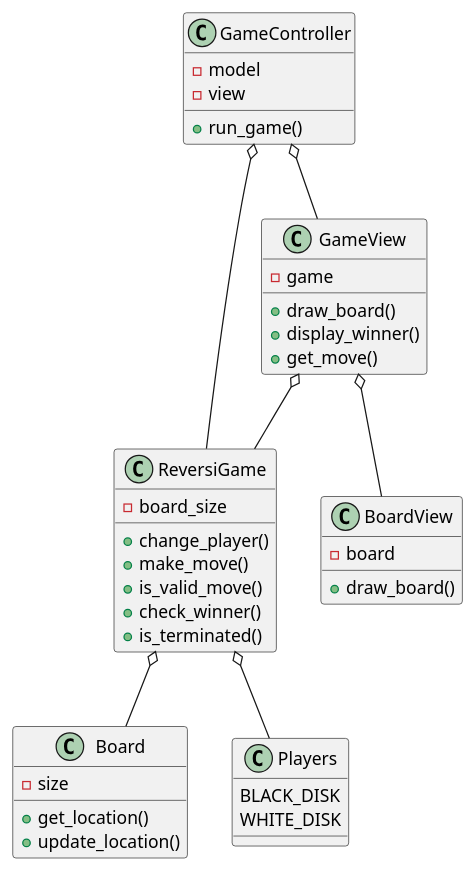
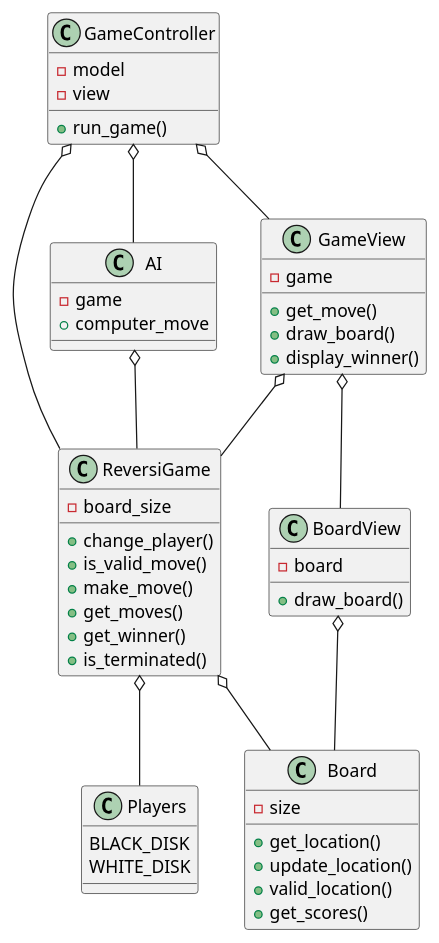
The diagram in reversi project/reversi_UML.puml (lian-david/Reversi), drawn with PlantUML before and after one commit. The commit also changed 14 other files, not shown here.

```diff
--- a/reversi project/reversi_UML.puml
+++ b/reversi project/reversi_UML.puml
@@ -1,51 +1,59 @@
 @startuml Reversi
-
 
 class ReversiGame{
     -board_size
     +change_player()
+    +is_valid_move()
     +make_move()
-    +is_valid_move()
-    +check_winner()
+    +get_moves()
+    +get_winner()
     +is_terminated()
 }
 
 class Board{
     -size
     +get_location()
     +update_location()
+    +valid_location()
+    +get_scores()
 }
 
 class Players{
     BLACK_DISK
     WHITE_DISK
 }
 
+class AI{
+    -game 
+    +computer_move
+}
 
 class GameView{
     -game
+    +get_move()
     +draw_board()
     +display_winner()
-    +get_move()
 }
 
 class BoardView{
     -board
     +draw_board()
 }
-
 
 class GameController{
     -model
     -view
     +run_game()
 }
 
 GameController o-- ReversiGame
 ReversiGame o-- Board
 ReversiGame o-- Players
+BoardView o-- Board
 GameView o-- BoardView
 GameView o-- ReversiGame
 GameController o-- GameView
+AI o-- ReversiGame
+GameController o-- AI 
 
 @enduml 
```
